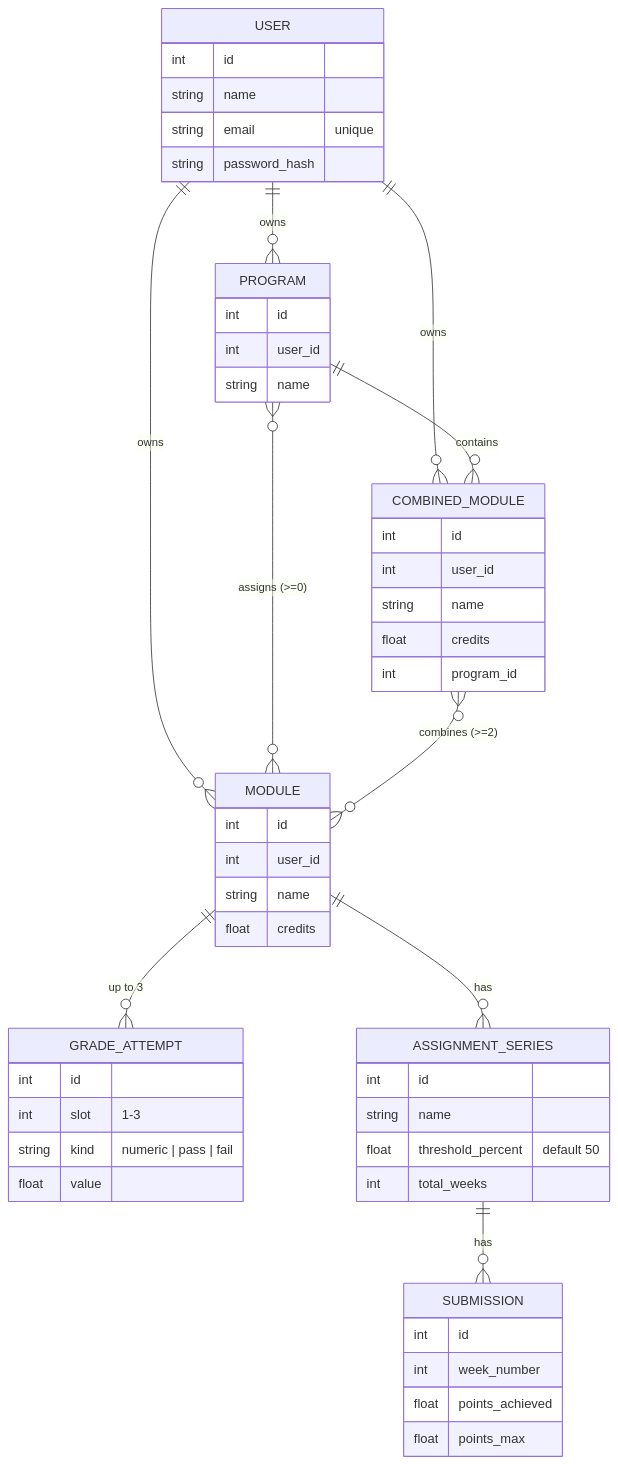
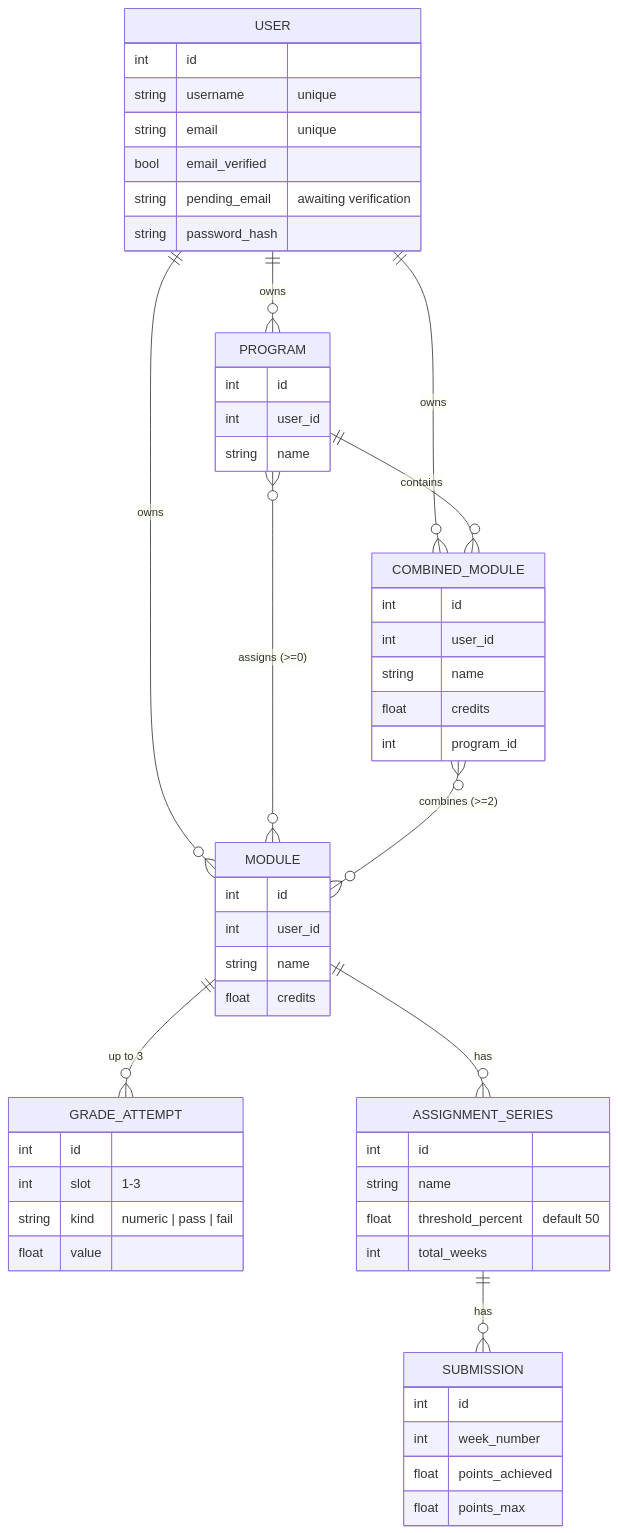
One commit to maximilianstarp/GradeTracker changed the second of 2 diagrams in README.md. Above: the diagram before and after it, drawn with Mermaid. The commit also changed other lines of this file and 22 other files, not shown here.

First line of the commit message:
feat(auth): finalize user management (verification, reset, username)

````diff
--- a/README.md
+++ b/README.md
@@ -75,55 +82,57 @@
 ```mermaid
 erDiagram
     USER ||--o{ PROGRAM : owns
     USER ||--o{ MODULE : owns
     USER ||--o{ COMBINED_MODULE : owns
     PROGRAM }o--o{ MODULE : "assigns (>=0)"
     PROGRAM ||--o{ COMBINED_MODULE : contains
     MODULE ||--o{ GRADE_ATTEMPT : "up to 3"
     MODULE ||--o{ ASSIGNMENT_SERIES : has
     ASSIGNMENT_SERIES ||--o{ SUBMISSION : has
     COMBINED_MODULE }o--o{ MODULE : "combines (>=2)"
 
     USER {
         int id
-        string name
+        string username "unique"
         string email "unique"
+        bool email_verified
+        string pending_email "awaiting verification"
         string password_hash
     }
     PROGRAM {
         int id
         int user_id
         string name
     }
     MODULE {
         int id
         int user_id
         string name
         float credits
     }
     GRADE_ATTEMPT {
         int id
         int slot "1-3"
         string kind "numeric | pass | fail"
         float value
     }
     ASSIGNMENT_SERIES {
         int id
         string name
         float threshold_percent "default 50"
         int total_weeks
     }
     SUBMISSION {
         int id
         int week_number
         float points_achieved
         float points_max
     }
     COMBINED_MODULE {
         int id
         int user_id
         string name
         float credits
         int program_id
     }
 ```
````
